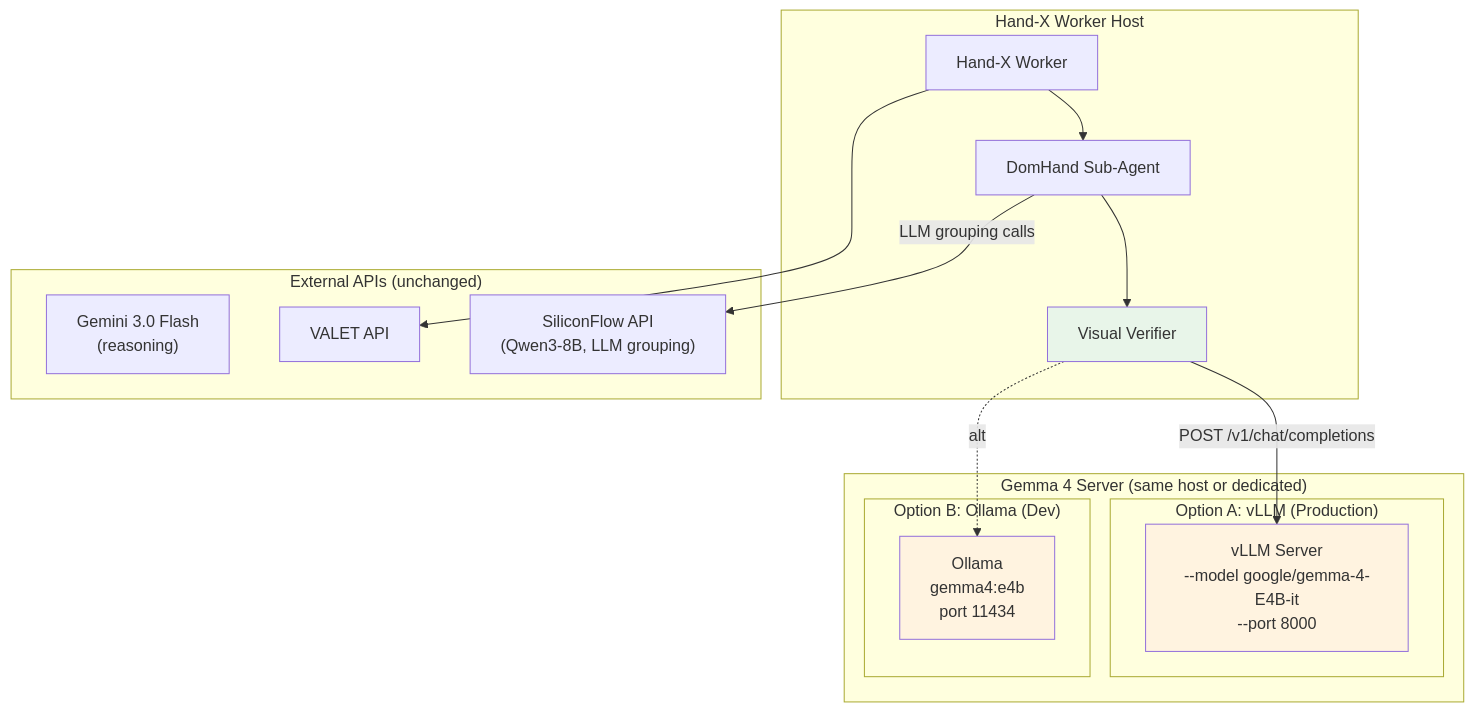
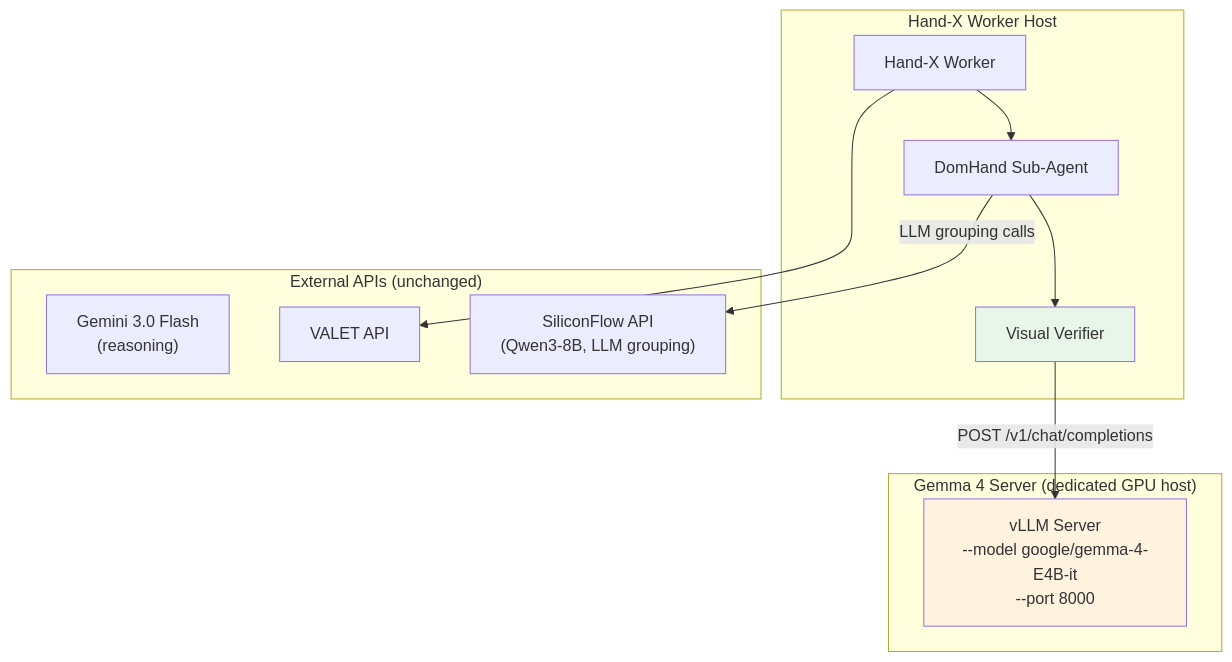
The sixth of 7 diagrams in .planning/research/V4.0-DOMHAND-ENRICHMENT-OOD.md (WeKruit/Hand-X), drawn with Mermaid before and after one commit. The commit also changed other lines of this file, not shown here.

````diff
--- a/.planning/research/V4.0-DOMHAND-ENRICHMENT-OOD.md
+++ b/.planning/research/V4.0-DOMHAND-ENRICHMENT-OOD.md
@@ -1010,34 +1101,27 @@
 ```mermaid
 graph TB
     subgraph "Hand-X Worker Host"
         Worker["Hand-X Worker"]
         DomHand["DomHand Sub-Agent"]
         VisVerify["Visual Verifier"]
     end
 
-    subgraph "Gemma 4 Server (same host or dedicated)"
-        subgraph "Option A: vLLM (Production)"
-            VLLM["vLLM Server<br/>--model google/gemma-4-E4B-it<br/>--port 8000"]
-        end
-        subgraph "Option B: Ollama (Dev)"
-            Ollama["Ollama<br/>gemma4:e4b<br/>port 11434"]
-        end
+    subgraph "Gemma 4 Server (dedicated GPU host)"
+        VLLM["vLLM Server<br/>--model google/gemma-4-E4B-it<br/>--port 8000"]
     end
 
     subgraph "External APIs (unchanged)"
         GeminiAPI["Gemini 3.0 Flash<br/>(reasoning)"]
         SiliconFlow["SiliconFlow API<br/>(Qwen3-8B, LLM grouping)"]
         ValetAPI["VALET API"]
     end
 
     Worker --> DomHand
     DomHand --> VisVerify
     VisVerify -->|"POST /v1/chat/completions"| VLLM
-    VisVerify -.->|"alt"| Ollama
     DomHand -->|"LLM grouping calls"| SiliconFlow
     Worker --> ValetAPI
 
     style VLLM fill:#fff3e0
-    style Ollama fill:#fff3e0
     style VisVerify fill:#e8f5e9
 ```
````
